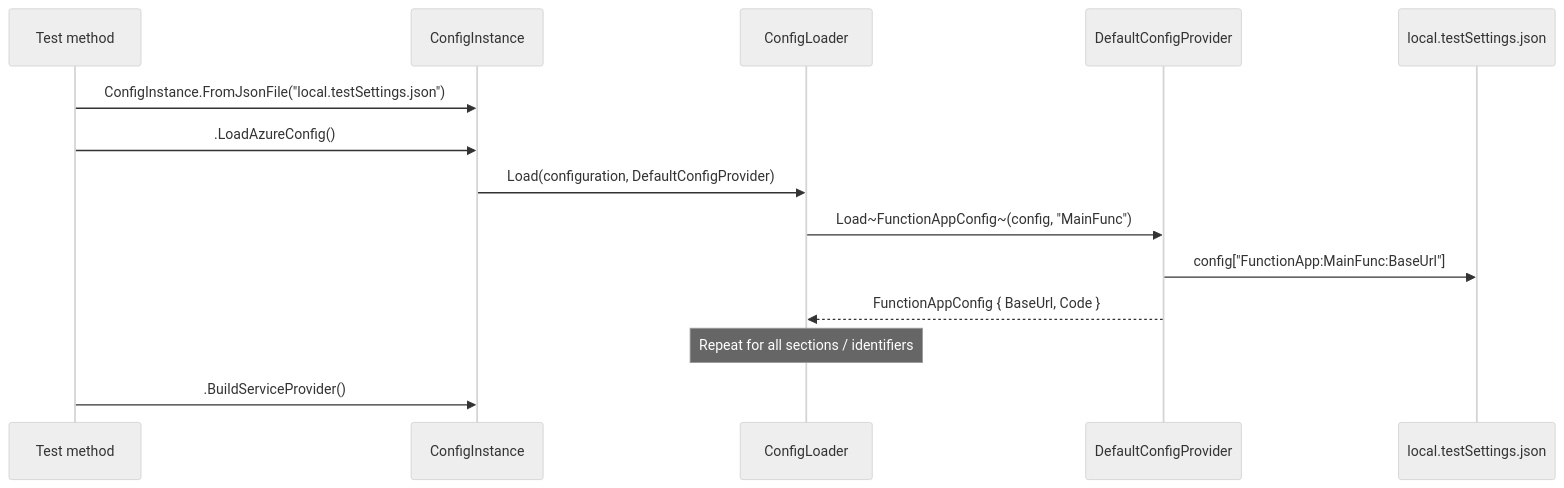
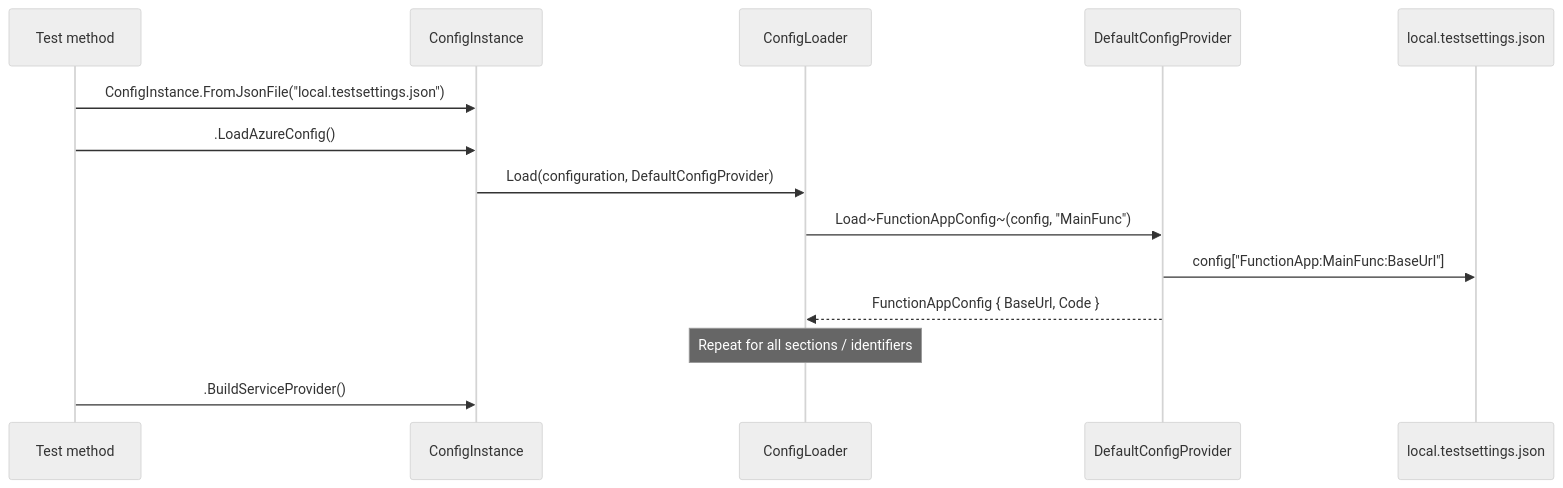
One commit to DeadMoon0/TestFramework-Azure changed diagram 13 of 17 in Documentation/Arc42.md. Above: the diagram before and after it, drawn with Mermaid (neutral theme). The commit also changed other lines of this file, not shown here.

Commit message:
Spell the local settings file as the gitignore does in Arc42

````diff
--- a/Documentation/Arc42.md
+++ b/Documentation/Arc42.md
@@ -508,17 +508,17 @@
 ```mermaid
 sequenceDiagram
     participant Test as Test method
     participant CI as ConfigInstance
     participant CL as ConfigLoader
     participant DCP as DefaultConfigProvider
-    participant JSON as local.testSettings.json
+    participant JSON as local.testsettings.json
 
-    Test->>CI: ConfigInstance.FromJsonFile("local.testSettings.json")
+    Test->>CI: ConfigInstance.FromJsonFile("local.testsettings.json")
     Test->>CI: .LoadAzureConfig()
     CI->>CL: Load(configuration, DefaultConfigProvider)
     CL->>DCP: Load~FunctionAppConfig~(config, "MainFunc")
     DCP->>JSON: config["FunctionApp:MainFunc:BaseUrl"]
     DCP-->>CL: FunctionAppConfig { BaseUrl, Code }
     Note over CL: Repeat for all sections / identifiers
     Test->>CI: .BuildServiceProvider()
 ```
````
